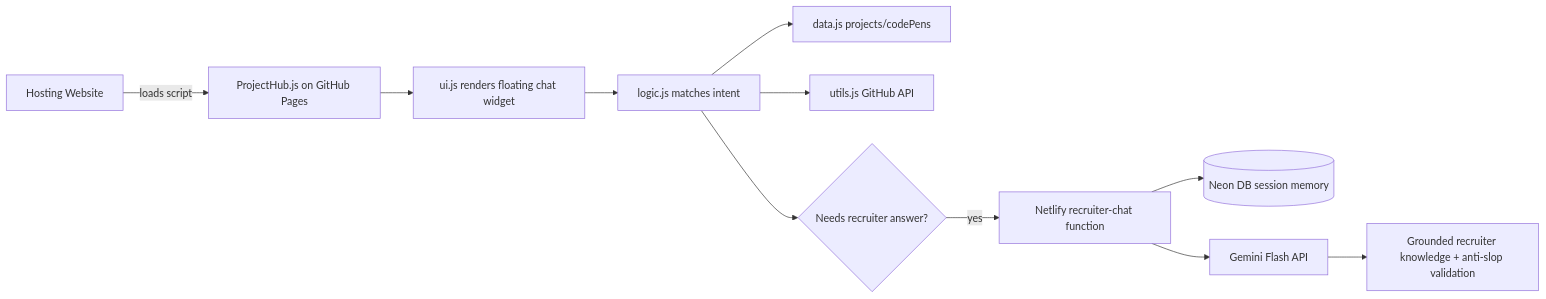
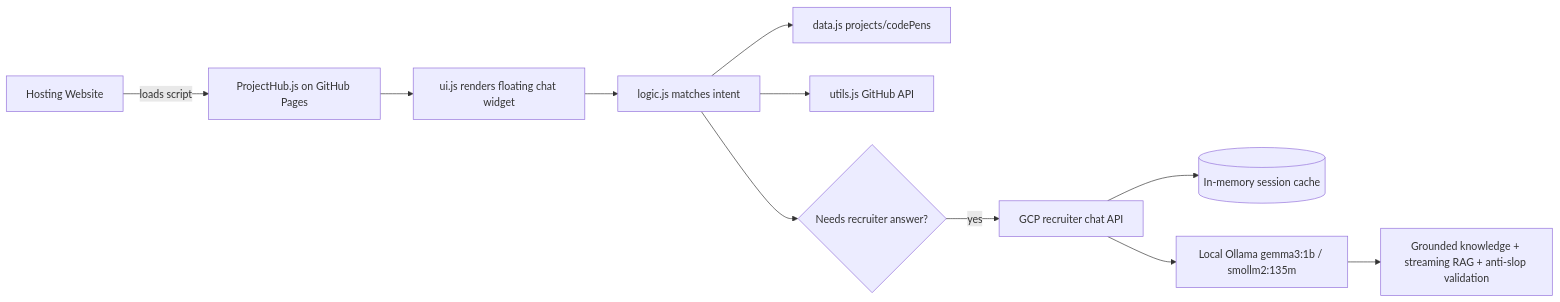
The diagram in docs/architecture-overview.md (BradleyMatera/ProjectHub), drawn with Mermaid before and after one commit. The commit also changed other lines of this file and 2 other files, not shown here.

Commit message:
docs: update AGENTS, architecture, and data guide for Jarvis, streaming RAG, and sourceMaterial

````diff
--- a/docs/architecture-overview.md
+++ b/docs/architecture-overview.md
@@ -9,13 +9,13 @@
 ```mermaid
 flowchart LR
     A[Hosting Website] -- loads script --> B[ProjectHub.js on GitHub Pages]
     B --> C[ui.js renders floating chat widget]
     C --> D[logic.js matches intent]
     D --> E[data.js projects/codePens]
     D --> F[utils.js GitHub API]
     D --> G{Needs recruiter answer?}
-    G -- yes --> H[Netlify recruiter-chat function]
-    H --> M[(Neon DB session memory)]
-    H --> J[Gemini Flash API]
-    J --> K[Grounded recruiter knowledge + anti-slop validation]
+    G -- yes --> H[GCP recruiter chat API]
+    H --> M[(In-memory session cache)]
+    H --> J[Local Ollama gemma3:1b / smollm2:135m]
+    J --> K[Grounded knowledge + streaming RAG + anti-slop validation]
 ```
````
